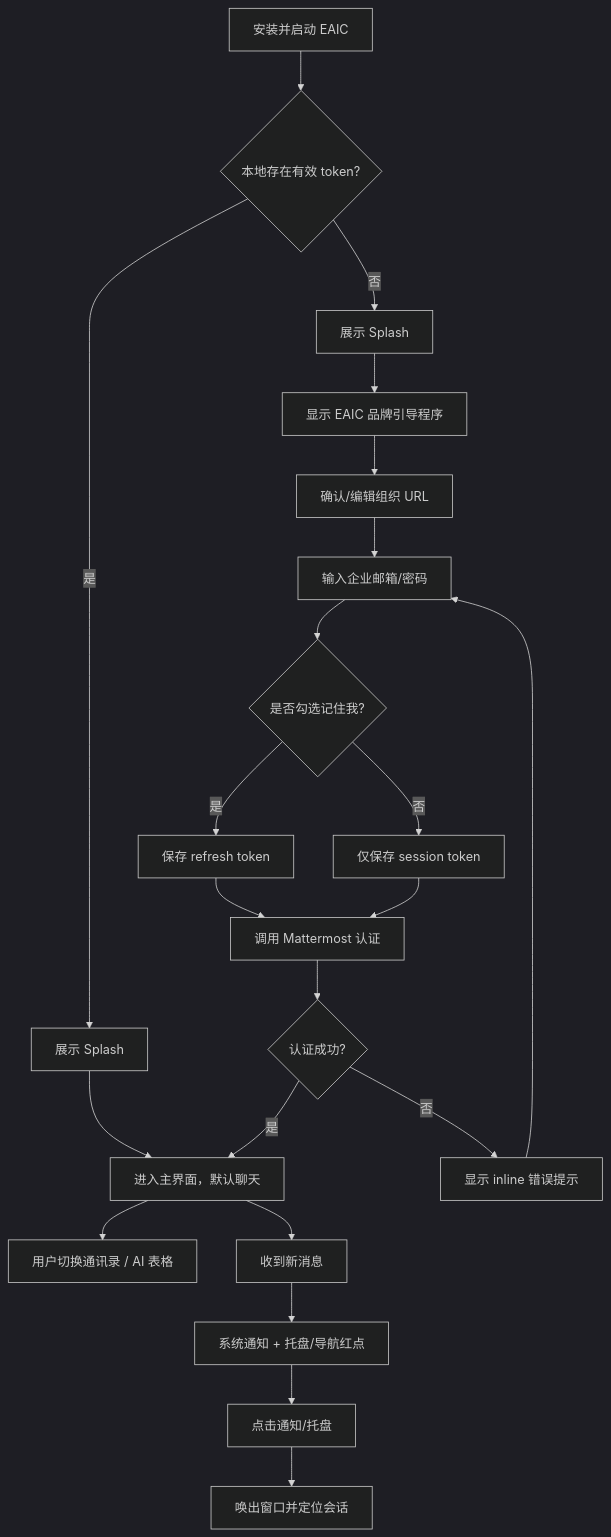
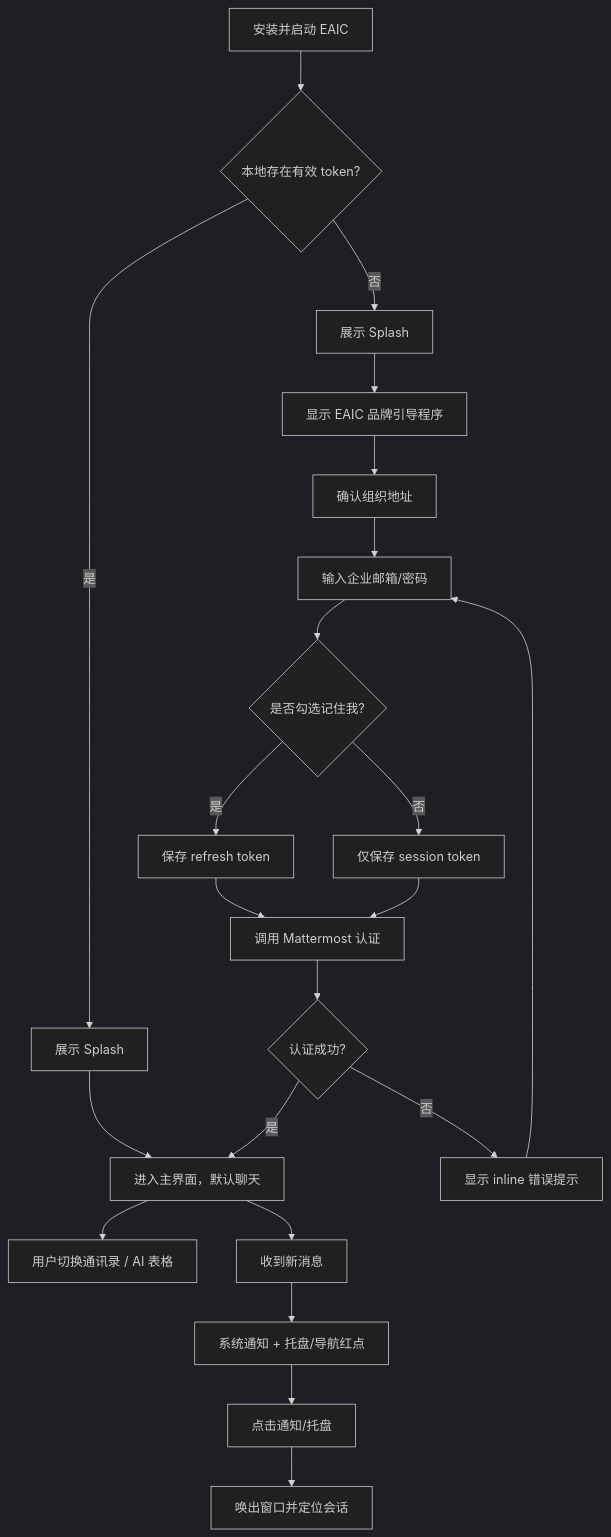
The first of 3 diagrams in issue-11/prd.md (sushanglewis/WeLink), drawn with Mermaid (dark theme) before and after one commit. The commit also changed other lines of this file and 7 other files, not shown here.

````diff
--- a/issue-11/prd.md
+++ b/issue-11/prd.md
@@ -123,24 +122,24 @@
 ```mermaid
 flowchart TD
     A[安装并启动 EAIC] --> B{本地存在有效 token?}
     B -->|是| C[展示 Splash]
     C --> D[进入主界面，默认聊天]
     B -->|否| E[展示 Splash]
     E --> F[显示 EAIC 品牌引导程序]
-    F --> G[确认/编辑组织 URL]
+    F --> G[确认组织地址]
     G --> H[输入企业邮箱/密码]
     H --> I{是否勾选记住我?}
     I -->|是| J[保存 refresh token]
     I -->|否| K[仅保存 session token]
     J --> L[调用 Mattermost 认证]
     K --> L
     L --> M{认证成功?}
     M -->|是| D
     M -->|否| N[显示 inline 错误提示]
     N --> H
     D --> O[用户切换通讯录 / AI 表格]
     D --> P[收到新消息]
     P --> Q[系统通知 + 托盘/导航红点]
     Q --> R[点击通知/托盘]
     R --> S[唤出窗口并定位会话]
 ```
````
